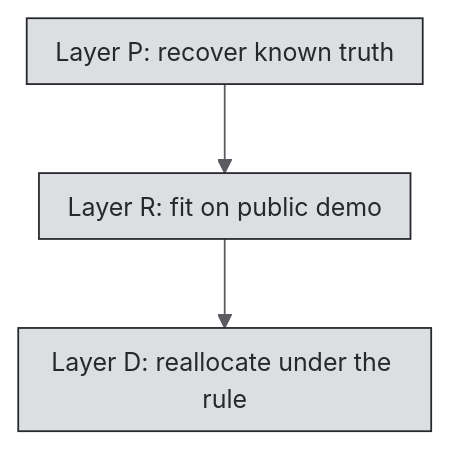
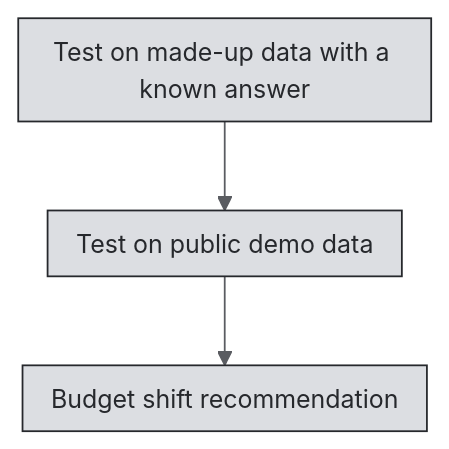
One commit to RafaelBraga-Kribitz/austrian-mmm-budget-optimizer changed the diagram in README.md. Above: the diagram before and after it, drawn with Mermaid. The commit also changed other lines of this file, not shown here.

````diff
--- a/README.md
+++ b/README.md
@@ -166,6 +228,6 @@
 ```mermaid
 %%{init: {"theme":"base","fontFamily":"BKribitz, system-ui, -apple-system, Segoe UI, Helvetica, Arial, sans-serif","themeVariables":{"background":"#E4E6EA","primaryColor":"#DCDEE2","primaryTextColor":"#26282C","primaryBorderColor":"#26282C","secondaryColor":"#E4E6EA","secondaryTextColor":"#26282C","secondaryBorderColor":"#5A5C61","tertiaryColor":"#E4E6EA","tertiaryTextColor":"#26282C","tertiaryBorderColor":"#C2C4CA","lineColor":"#5A5C61","textColor":"#26282C","mainBkg":"#DCDEE2","nodeBorder":"#26282C","clusterBkg":"#E4E6EA","clusterBorder":"#C2C4CA","edgeLabelBackground":"#E4E6EA","titleColor":"#26282C","fontFamily":"BKribitz, system-ui, -apple-system, Segoe UI, Helvetica, Arial, sans-serif","fontSize":"14px"},"flowchart":{"curve":"linear","htmlLabels":true,"padding":8}}}%%
 flowchart TD
-  P["Layer P: recover known truth"] --> R["Layer R: fit on public demo"]
-  R --> D["Layer D: reallocate under the rule"]
+  P["Test on made-up data with a known answer"] --> R["Test on public demo data"]
+  R --> D["Budget shift recommendation"]
 ```
````
